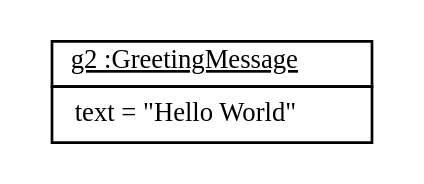
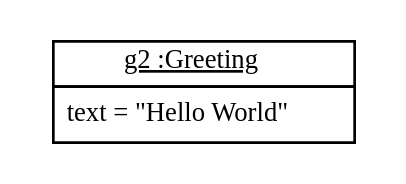
The diagram in doc/TTC2011HelloWorldConstantTransformation110.dot (fujaba/SDMLib), drawn with Graphviz before and after one commit. The commit also changed 38 other files, not shown here.

```diff
--- a/doc/TTC2011HelloWorldConstantTransformation110.dot
+++ b/doc/TTC2011HelloWorldConstantTransformation110.dot
@@ -1,7 +1,7 @@
 graph ObjectDiagram {
    node [shape = none, fontsize = 10];
    edge [fontsize = 10];
 
-g2 [label=<<table border='0' cellborder='1' cellspacing='0'> <tr> <td> <u>g2 :GreetingMessage</u></td></tr><tr><td><table border='0' cellborder='0' cellspacing='0'><tr><td>text = "Hello World"</td></tr></table></td></tr></table>>];
+g2 [label=<<table border='0' cellborder='1' cellspacing='0'> <tr> <td> <u>g2 :Greeting</u></td></tr><tr><td><table border='0' cellborder='0' cellspacing='0'><tr><td>text = "Hello World"</td></tr></table></td></tr></table>>];
 
 }
```
